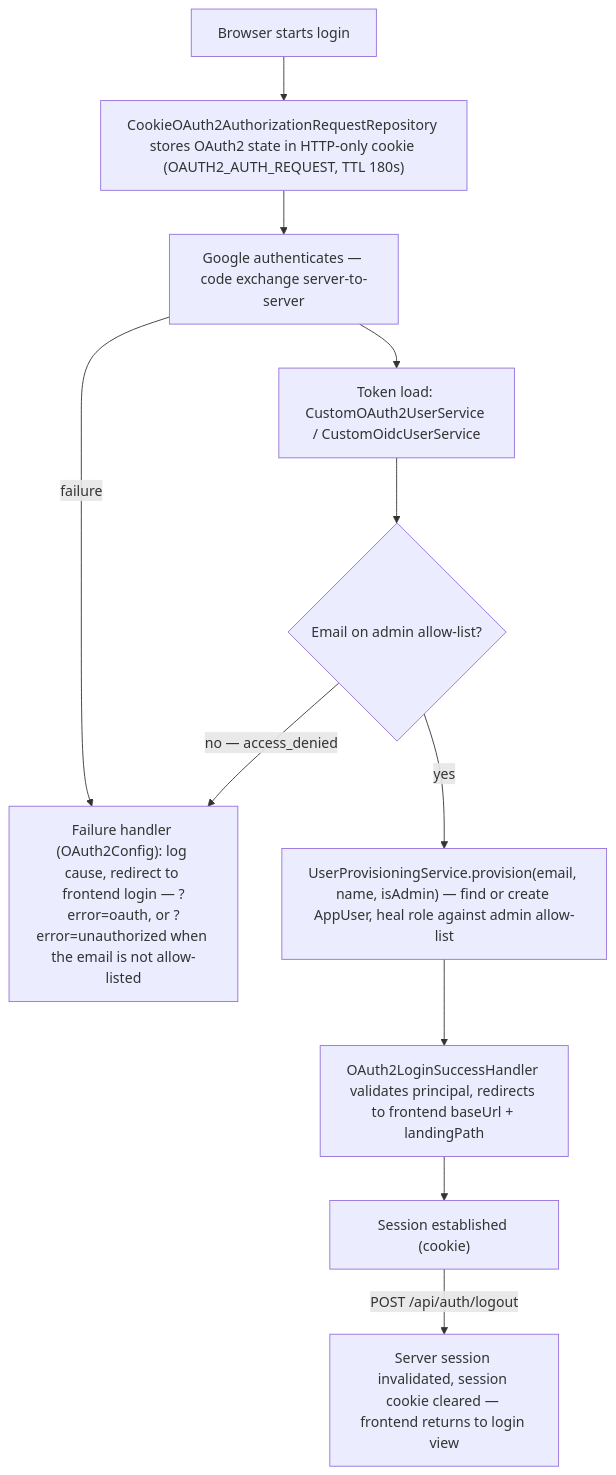
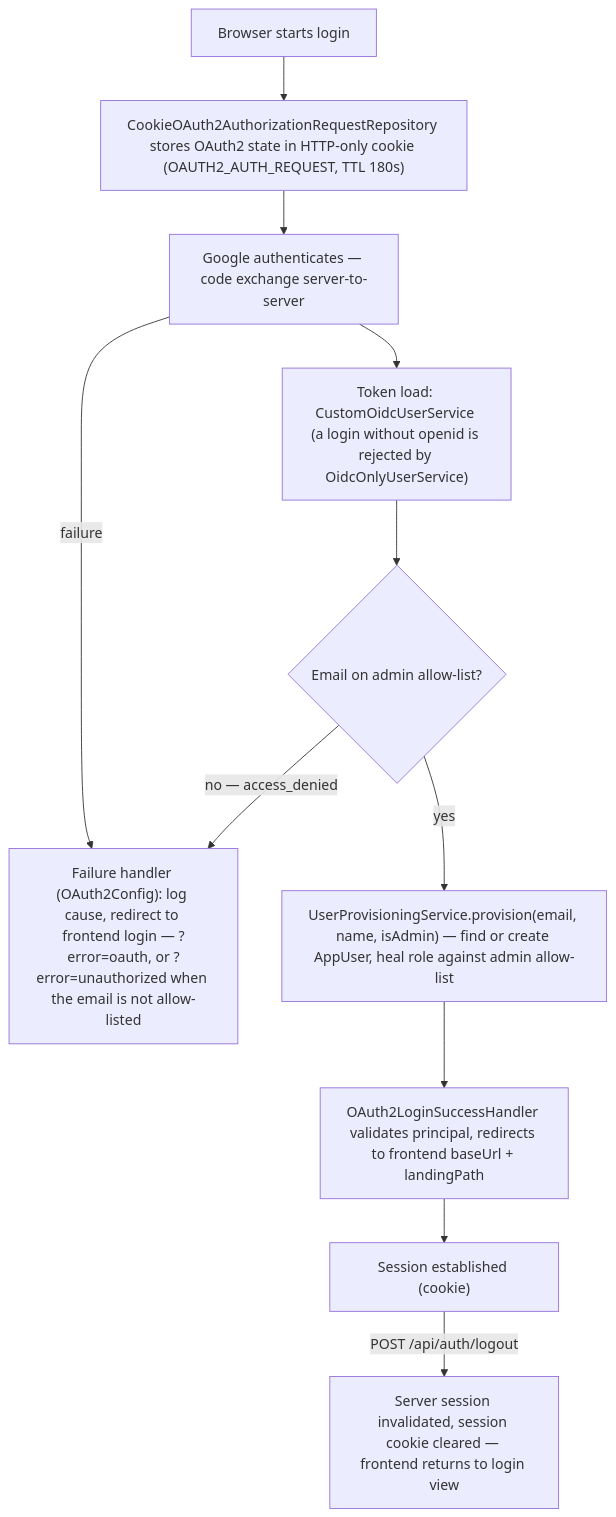
One commit to Keglev/inventory-service changed the diagram in docs/backend/architecture/08-concepts.md. Above: the diagram before and after it, drawn with Mermaid. The commit also changed 15 other files, not shown here.

First line of the commit message:
refactor(auth): sign in through OIDC only and reject plain OAuth2 (#253)

````diff
--- a/docs/backend/architecture/08-concepts.md
+++ b/docs/backend/architecture/08-concepts.md
@@ -9,14 +9,14 @@
 ```mermaid
 %%{init: {"flowchart": {"useMaxWidth": false}}}%%
 flowchart TD
   A["Browser starts login"] --> B["CookieOAuth2AuthorizationRequestRepository stores OAuth2 state in HTTP-only cookie (OAUTH2_AUTH_REQUEST, TTL 180s)"]
   B --> C["Google authenticates — code exchange server-to-server"]
-  C --> D["Token load: CustomOAuth2UserService / CustomOidcUserService"]
+  C --> D["Token load: CustomOidcUserService (a login without openid is rejected by OidcOnlyUserService)"]
   D --> AG{"Email on admin allow-list?"}
   AG -->|"no — access_denied"| G
   AG -->|"yes"| E["UserProvisioningService.provision(email, name, isAdmin) — find or create AppUser, heal role against admin allow-list"]
   E --> F["OAuth2LoginSuccessHandler validates principal, redirects to frontend baseUrl + landingPath"]
   C -->|failure| G["Failure handler (OAuth2Config): log cause, redirect to frontend login — ?error=oauth, or ?error=unauthorized when the email is not allow-listed"]
   F --> H["Session established (cookie)"]
   H -->|"POST /api/auth/logout"| I["Server session invalidated, session cookie cleared — frontend returns to login view"]
 ```
````
